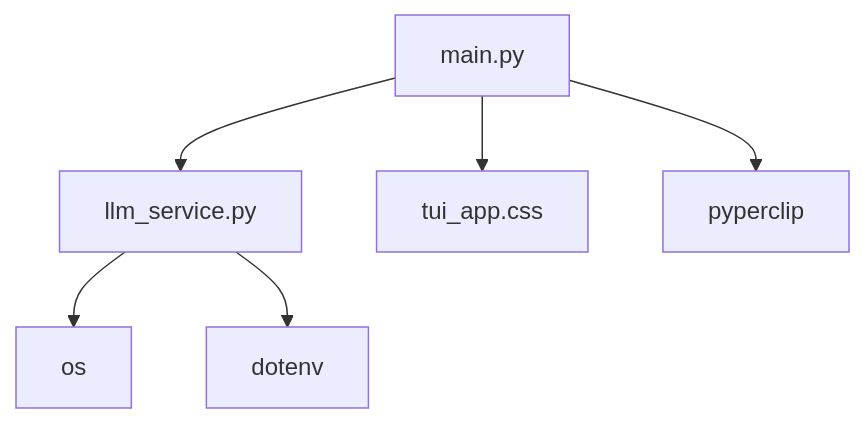
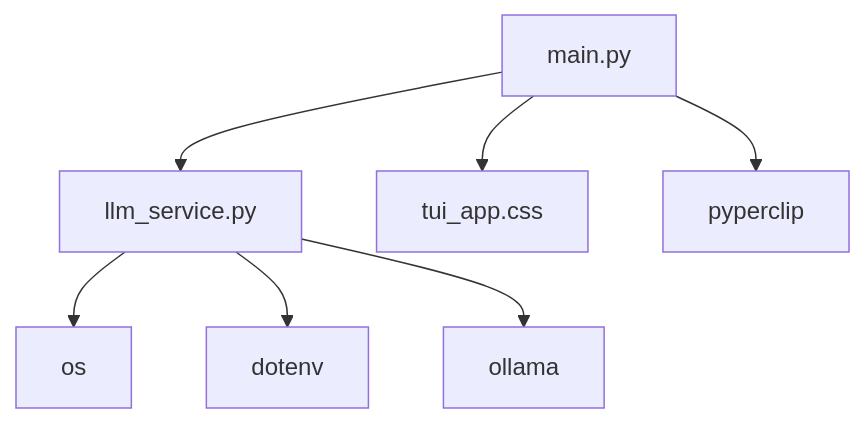
One commit to mlclifton/aipropos changed the first of 3 diagrams in solution_arch.md. Above: the diagram before and after it, drawn with Mermaid. The commit also changed other lines of this file and 8 other files, not shown here.

````diff
--- a/solution_arch.md
+++ b/solution_arch.md
@@ -35,8 +35,9 @@
 ```mermaid
 graph TD
     A[main.py] --> B[llm_service.py]
     A --> C[tui_app.css]
     A --> D[pyperclip]
     B --> E[os]
     B --> F[dotenv]
+    B --> G[ollama]
 ```
````
